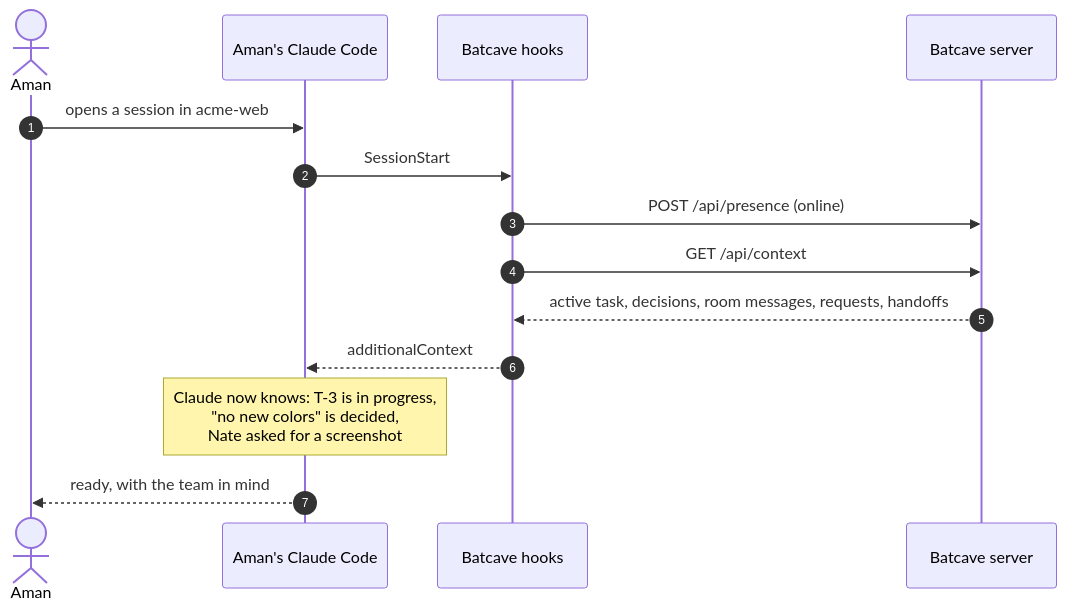
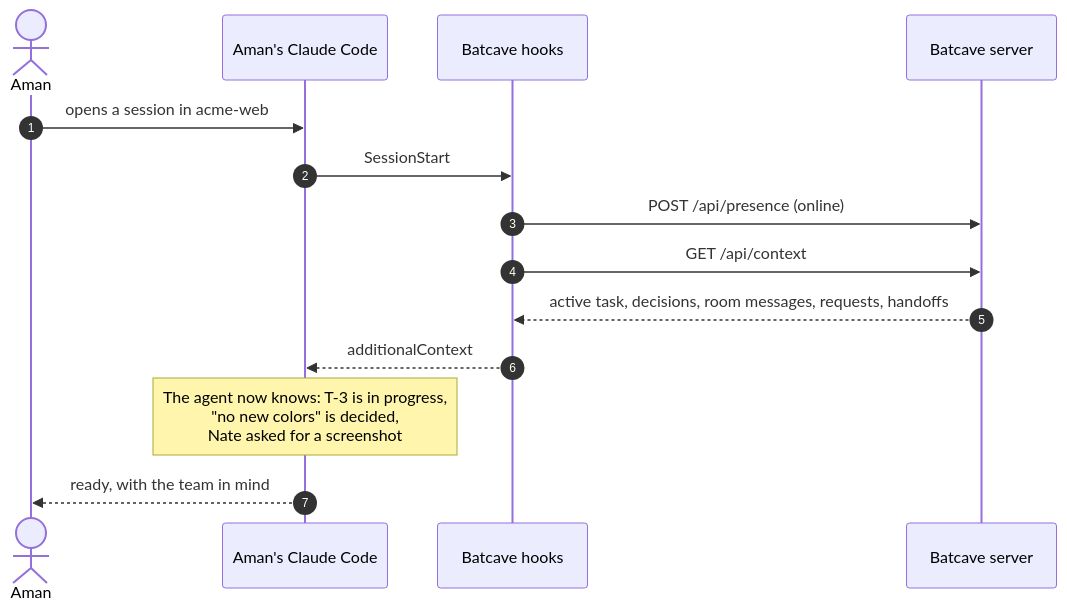
Before and after one commit to solanki-aman/batcave: the first of 5 diagrams in README.md, drawn with Mermaid. The commit also changed other lines of this file and 17 other files, not shown here.

````diff
--- a/README.md
+++ b/README.md
@@ -129,17 +173,17 @@
 ```mermaid
 sequenceDiagram
     autonumber
     actor Aman
     participant CC as Aman's Claude Code
     participant Hook as Batcave hooks
     participant S as Batcave server
 
     Aman->>CC: opens a session in acme-web
     CC->>Hook: SessionStart
     Hook->>S: POST /api/presence (online)
     Hook->>S: GET /api/context
     S-->>Hook: active task, decisions, room messages, requests, handoffs
     Hook-->>CC: additionalContext
-    Note over CC: Claude now knows: T-3 is in progress,<br/>"no new colors" is decided,<br/>Nate asked for a screenshot
+    Note over CC: The agent now knows: T-3 is in progress,<br/>"no new colors" is decided,<br/>Nate asked for a screenshot
     CC-->>Aman: ready, with the team in mind
 ```
````
